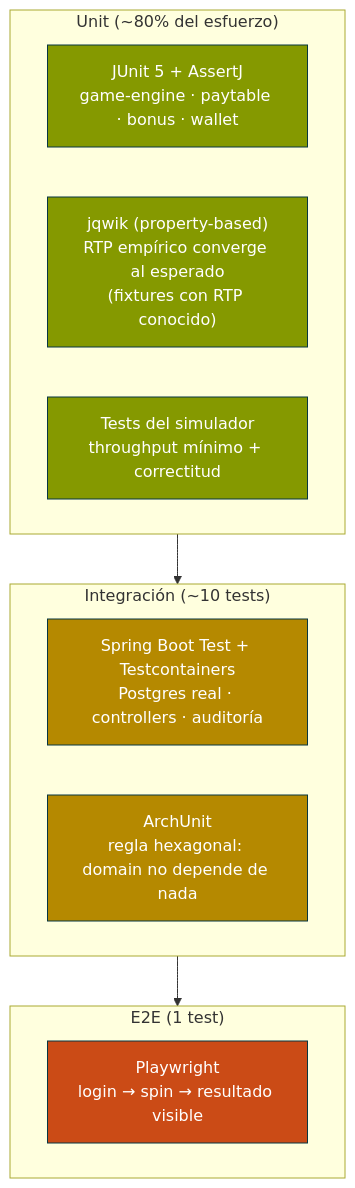
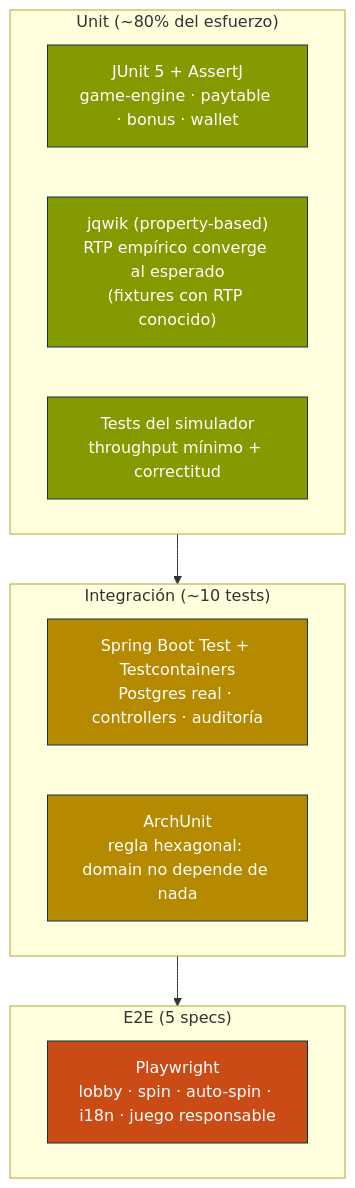
The tenth of 12 diagrams in readme.md (jordipochvall/AI4Devs-finalproject), drawn with Mermaid before and after one commit. The commit also changed other lines of this file and 2 other files, not shown here.

````diff
--- a/readme.md
+++ b/readme.md
@@ -981,23 +992,23 @@
 ```mermaid
 flowchart TB
-    subgraph Top["E2E (1 test)"]
-        E2E["Playwright<br/>login → spin → resultado visible"]
+    subgraph Top["E2E (5 specs)"]
+        E2E["Playwright<br/>lobby · spin · auto-spin · i18n · juego responsable"]
     end
     subgraph Mid["Integración (~10 tests)"]
         IT["Spring Boot Test + Testcontainers<br/>Postgres real · controllers · auditoría"]
         ARCH["ArchUnit<br/>regla hexagonal: domain no depende de nada"]
     end
     subgraph Bot["Unit (~80% del esfuerzo)"]
         U_DOM["JUnit 5 + AssertJ<br/>game-engine · paytable · bonus · wallet"]
         U_PROP["jqwik (property-based)<br/>RTP empírico converge al esperado<br/>(fixtures con RTP conocido)"]
         U_SIM["Tests del simulador<br/>throughput mínimo + correctitud"]
     end
 
     Bot --> Mid --> Top
     classDef bot fill:#859900,stroke:#073642,color:#fff
     classDef mid fill:#b58900,stroke:#073642,color:#fff
     classDef top fill:#cb4b16,stroke:#073642,color:#fff
     class U_DOM,U_PROP,U_SIM bot
     class IT,ARCH mid
     class E2E top
 ```
````
